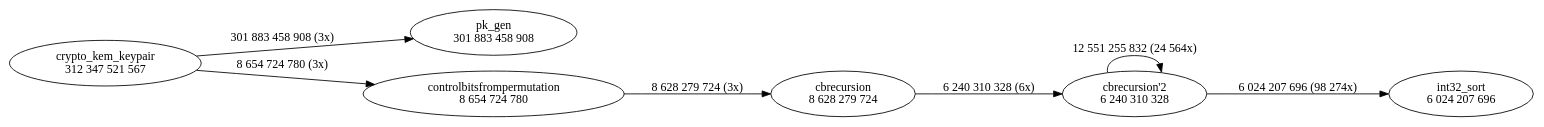
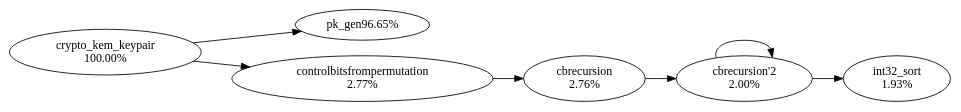
Before and after one commit to profiling-pqc-kem-thesis/data: the diagram in classic-mceliece/hot-paths/6960119f/crypto_kem_keypair.dot, drawn with Graphviz. The commit also changed 12 other files, not shown here.

```diff
--- a/classic-mceliece/hot-paths/6960119f/crypto_kem_keypair.dot
+++ b/classic-mceliece/hot-paths/6960119f/crypto_kem_keypair.dot
@@ -1,15 +1,15 @@
 digraph "callgraph" {
   rankdir=LR;
-  F556255f9c120 [label="pk_gen\n301 883 458 908"];
-  F556255fb7490 [label="controlbitsfrompermutation\n8 654 724 780"];
-  F556255fb7ac0 [label="cbrecursion\n8 628 279 724"];
-  F556255fb87a0 [label="int32_sort\n6 024 207 696"];
-  F556255fb8d70 [label="cbrecursion'2\n6 240 310 328"];
-  F55625609b020 [label="crypto_kem_keypair\n312 347 521 567"];
-  F556255fb7490 -> F556255fb7ac0 [weight=3,label="8 628 279 724 (3x)"];
-  F556255fb7ac0 -> F556255fb8d70 [weight=3,label="6 240 310 328 (6x)"];
-  F556255fb8d70 -> F556255fb87a0 [weight=3,label="6 024 207 696 (98 274x)"];
-  F556255fb8d70 -> F556255fb8d70 [weight=3,label="12 551 255 832 (24 564x)"];
-  F55625609b020 -> F556255f9c120 [weight=3,label="301 883 458 908 (3x)"];
-  F55625609b020 -> F556255fb7490 [weight=3,label="8 654 724 780 (3x)"];
+  F556255f9c120 [label="pk_gen96.65%\n"];
+  F556255fb7490 [label="controlbitsfrompermutation\n2.77%"];
+  F556255fb7ac0 [label="cbrecursion\n2.76%"];
+  F556255fb87a0 [label="int32_sort\n1.93%"];
+  F556255fb8d70 [label="cbrecursion'2\n2.00%"];
+  F55625609b020 [label="crypto_kem_keypair\n100.00%"];
+  F556255fb7490 -> F556255fb7ac0
+  F556255fb7ac0 -> F556255fb8d70
+  F556255fb8d70 -> F556255fb87a0
+  F556255fb8d70 -> F556255fb8d70
+  F55625609b020 -> F556255f9c120
+  F55625609b020 -> F556255fb7490
 }
```
